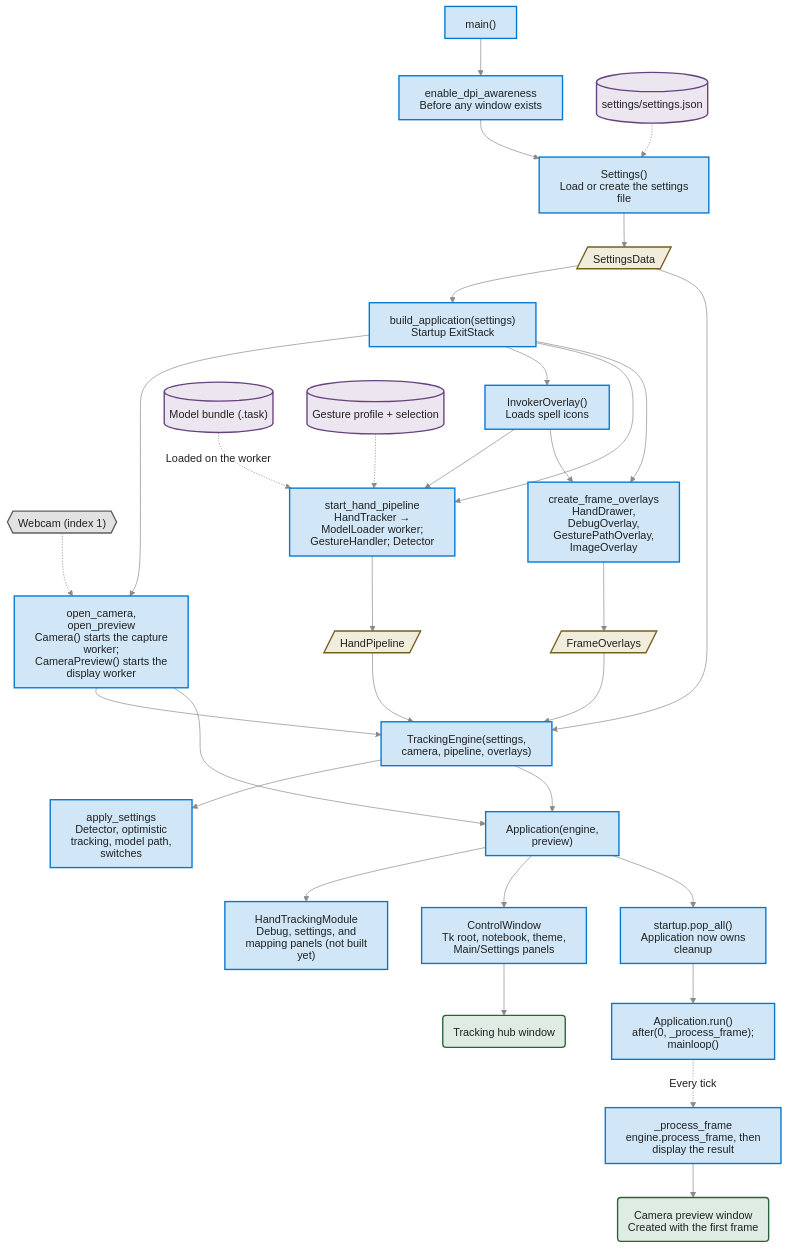
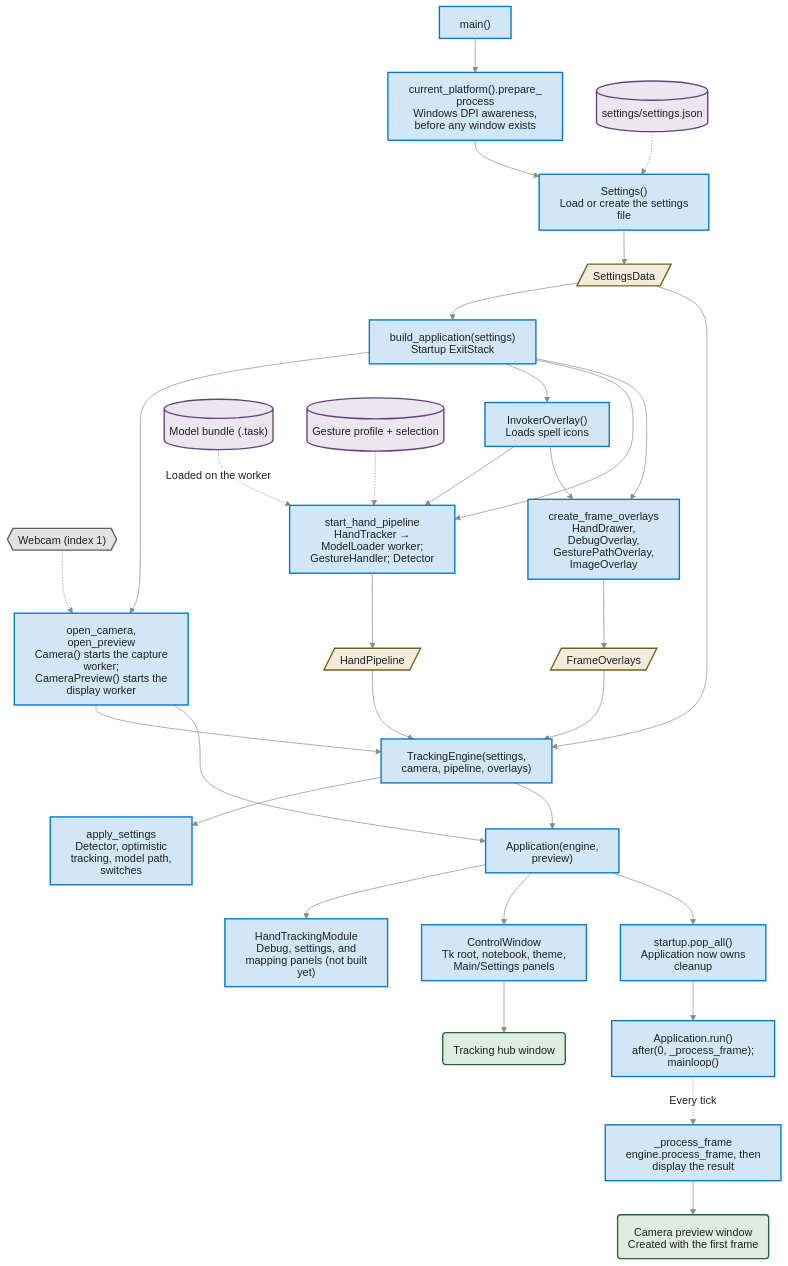
One commit to MarkJuliusAbraham/ComputerVisionBasics changed the first of 2 diagrams in hand-tracking/docs/startup_lifecycle.md. Above: the diagram before and after it, drawn with Mermaid. The commit also changed other lines of this file and 28 other files, not shown here.

````diff
--- a/hand-tracking/docs/startup_lifecycle.md
+++ b/hand-tracking/docs/startup_lifecycle.md
@@ -29,45 +29,45 @@
 ```mermaid
 %%{init: {"theme": "base", "htmlLabels": false, "flowchart": {"htmlLabels": false}, "themeCSS": ".edgeLabel rect, .labelBkg { fill: #ffffff !important; opacity: 1 !important; }", "themeVariables": {"primaryTextColor": "#202020", "textColor": "#202020", "lineColor": "#8a8a8a", "edgeLabelBackground": "#ffffff", "clusterBkg": "#f7f7f7", "clusterBorder": "#808080", "titleColor": "#202020", "background": "#ffffff"}}}%%
 flowchart TD
-    Main["main()"]:::component --> DPI["enable_dpi_awareness<br/>Before any window exists"]:::component
+    Main["main()"]:::component --> DPI["current_platform().prepare_process<br/>Windows DPI awareness, before any window exists"]:::component
     DPI --> LoadSettings["Settings()<br/>Load or create the settings file"]:::component
     SettingsFile[("settings/settings.json")]:::config -.-> LoadSettings
     LoadSettings --> Data[/"SettingsData"/]:::data
     Data --> Build["build_application(settings)<br/>Startup ExitStack"]:::component
 
     Build --> Video["open_camera, open_preview<br/>Camera() starts the capture worker;<br/>CameraPreview() starts the display worker"]:::component
     Webcam{{"Webcam (index 1)"}}:::external -.-> Video
 
     Build --> Invoker["InvokerOverlay()<br/>Loads spell icons"]:::component
     Build --> Pipeline["start_hand_pipeline<br/>HandTracker → ModelLoader worker;<br/>GestureHandler; Detector"]:::component
     Model[("Model bundle (.task)")]:::config -.->|"Loaded on the worker"| Pipeline
     Profiles[("Gesture profile + selection")]:::config -.-> Pipeline
     Invoker --> Pipeline
     Pipeline --> HandPipeline[/"HandPipeline"/]:::data
 
     Build --> Overlays["create_frame_overlays<br/>HandDrawer, DebugOverlay,<br/>GesturePathOverlay, ImageOverlay"]:::component
     Invoker --> Overlays
     Overlays --> FrameOverlays[/"FrameOverlays"/]:::data
 
     Video --> Engine["TrackingEngine(settings, camera, pipeline, overlays)"]:::component
     HandPipeline --> Engine
     FrameOverlays --> Engine
     Data --> Engine
     Engine --> Apply["apply_settings<br/>Detector, optimistic tracking, model path, switches"]:::component
     Engine --> App["Application(engine, preview)"]:::component
     Video --> App
     App --> Module["HandTrackingModule<br/>Debug, settings, and mapping panels (not built yet)"]:::component
     App --> Hub["ControlWindow<br/>Tk root, notebook, theme, Main/Settings panels"]:::component
     Hub --> HubView("Tracking hub window"):::view
 
     App --> Handoff["startup.pop_all()<br/>Application now owns cleanup"]:::component
     Handoff --> Run["Application.run()<br/>after(0, _process_frame); mainloop()"]:::component
     Run -.->|"Every tick"| Frame["_process_frame<br/>engine.process_frame, then display the result"]:::component
     Frame --> Preview("Camera preview window<br/>Created with the first frame"):::view
 
     classDef component fill:#d1e7f7,stroke:#0078d4,color:#202020,stroke-width:2px;
     classDef data fill:#f1ecdc,stroke:#76601f,color:#202020,stroke-width:2px;
     classDef view fill:#dfece3,stroke:#28643a,color:#202020,stroke-width:2px;
     classDef config fill:#ece6f0,stroke:#67437d,color:#202020,stroke-width:2px;
     classDef external fill:#e2e2e2,stroke:#606060,color:#202020,stroke-width:2px;
 ```
````
